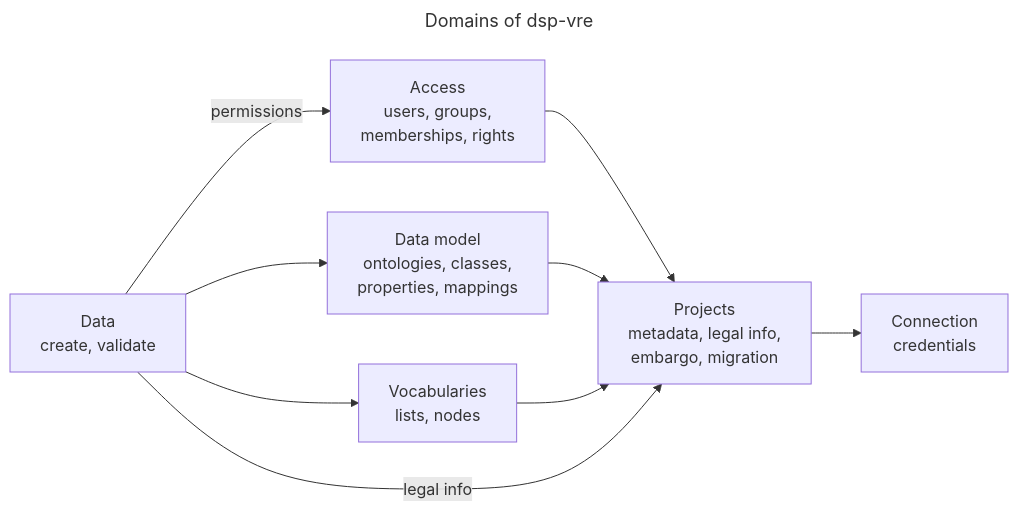
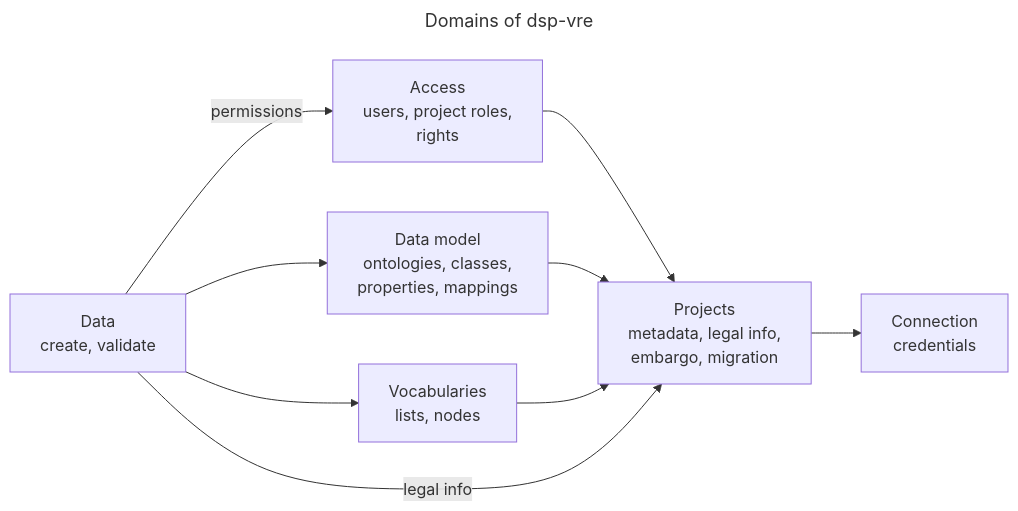
One commit to dasch-swiss/dsp-tools changed the second of 2 diagrams in docs/dsp-tools-split/ADR-dsp-vre.md. Above: the diagram before and after it, drawn with Mermaid. The commit also changed other lines of this file and 3 other files, not shown here.

First line of the commit message:
docs: replace groups with project roles in dsp-vre design

````diff
--- a/docs/dsp-tools-split/ADR-dsp-vre.md
+++ b/docs/dsp-tools-split/ADR-dsp-vre.md
@@ -115,21 +115,21 @@
 ```mermaid
 ---
 title: Domains of dsp-vre
 ---
 flowchart LR
     connection["Connection<br/>credentials"]
     projects["Projects<br/>metadata, legal info,<br/>embargo, migration"]
-    access["Access<br/>users, groups,<br/>memberships, rights"]
+    access["Access<br/>users, project roles,<br/>rights"]
     datamodel["Data model<br/>ontologies, classes,<br/>properties, mappings"]
     vocabularies["Vocabularies<br/>lists, nodes"]
     data["Data<br/>create, validate"]
 
     projects --> connection
     access --> projects
     datamodel --> projects
     vocabularies --> projects
     data --> datamodel
     data --> vocabularies
     data -->|legal info| projects
     data -->|permissions| access
 ```
````
